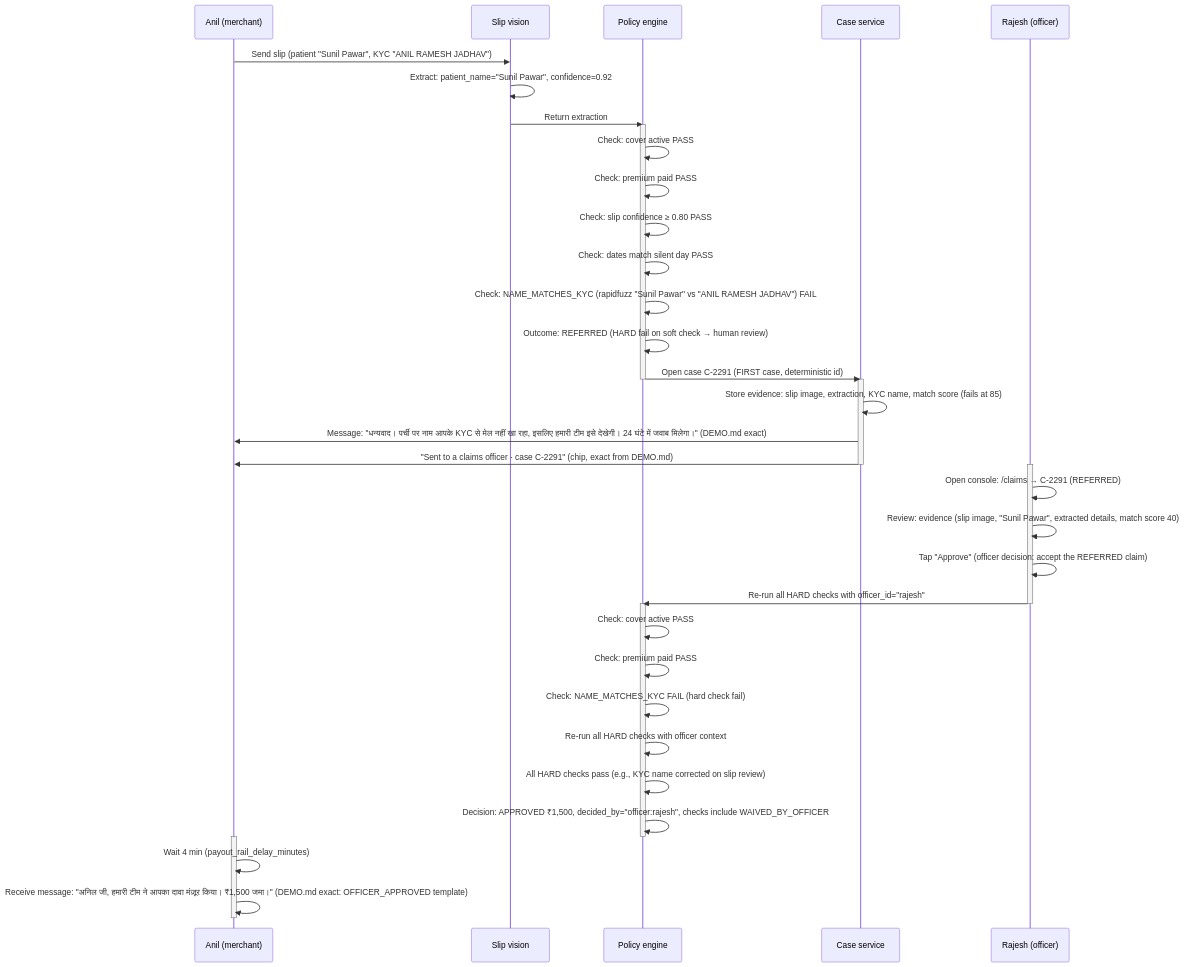
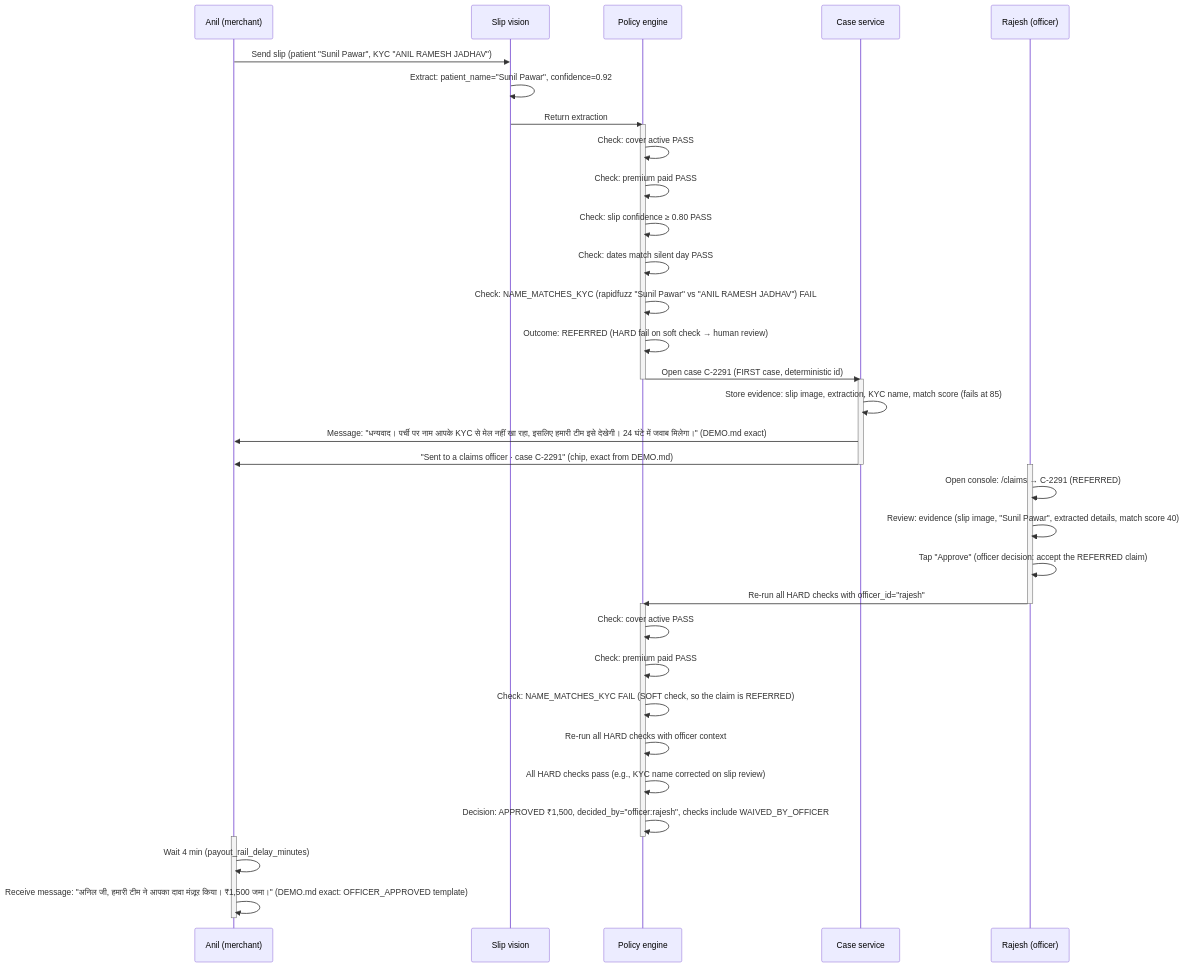
The third of 3 diagrams in docs/02-product/user-journeys.md (UjjwalPardeshi/Chhatri), drawn with Mermaid before and after one commit. The commit also changed 57 other files, not shown here.

````diff
--- a/docs/02-product/user-journeys.md
+++ b/docs/02-product/user-journeys.md
@@ -227,49 +227,49 @@
 ```mermaid
 sequenceDiagram
     participant Anil as Anil (merchant)
     participant Vision as Slip vision
     participant Policy as Policy engine
     participant Case as Case service
     participant Rajesh as Rajesh (officer)
 
     Anil->>Vision: Send slip (patient "Sunil Pawar", KYC "ANIL RAMESH JADHAV")
     Vision->>Vision: Extract: patient_name="Sunil Pawar", confidence=0.92
     Vision->>Policy: Return extraction
 
     activate Policy
     Policy->>Policy: Check: cover active PASS
     Policy->>Policy: Check: premium paid PASS
     Policy->>Policy: Check: slip confidence ≥ 0.80 PASS
     Policy->>Policy: Check: dates match silent day PASS
     Policy->>Policy: Check: NAME_MATCHES_KYC (rapidfuzz "Sunil Pawar" vs "ANIL RAMESH JADHAV") FAIL
     Policy->>Policy: Outcome: REFERRED (HARD fail on soft check → human review)
     Policy->>Case: Open case C-2291 (FIRST case, deterministic id)
     deactivate Policy
 
     activate Case
     Case->>Case: Store evidence: slip image, extraction, KYC name, match score (fails at 85)
     Case->>Anil: Message: "धन्यवाद। पर्ची पर नाम आपके KYC से मेल नहीं खा रहा, इसलिए हमारी टीम इसे देखेगी। 24 घंटे में जवाब मिलेगा।" (DEMO.md exact)
     Case->>Anil: "Sent to a claims officer · case C-2291" (chip, exact from DEMO.md)
     deactivate Case
 
     activate Rajesh
     Rajesh->>Rajesh: Open console: /claims → C-2291 (REFERRED)
     Rajesh->>Rajesh: Review: evidence (slip image, "Sunil Pawar", extracted details, match score 40)
     Rajesh->>Rajesh: Tap "Approve" (officer decision: accept the REFERRED claim)
     Rajesh->>Policy: Re-run all HARD checks with officer_id="rajesh"
     deactivate Rajesh
 
     activate Policy
     Policy->>Policy: Check: cover active PASS
     Policy->>Policy: Check: premium paid PASS
-    Policy->>Policy: Check: NAME_MATCHES_KYC FAIL (hard check fail)
+    Policy->>Policy: Check: NAME_MATCHES_KYC FAIL (SOFT check, so the claim is REFERRED)
     Policy->>Policy: Re-run all HARD checks with officer context
     Policy->>Policy: All HARD checks pass (e.g., KYC name corrected on slip review)
     Policy->>Policy: Decision: APPROVED ₹1,500, decided_by="officer:rajesh", checks include WAIVED_BY_OFFICER
     deactivate Policy
 
     activate Anil
     Anil->>Anil: Wait 4 min (payout_rail_delay_minutes)
     Anil->>Anil: Receive message: "अनिल जी, हमारी टीम ने आपका दावा मंज़ूर किया। ₹1,500 जमा।" (DEMO.md exact: OFFICER_APPROVED template)
     deactivate Anil
 ```
````
